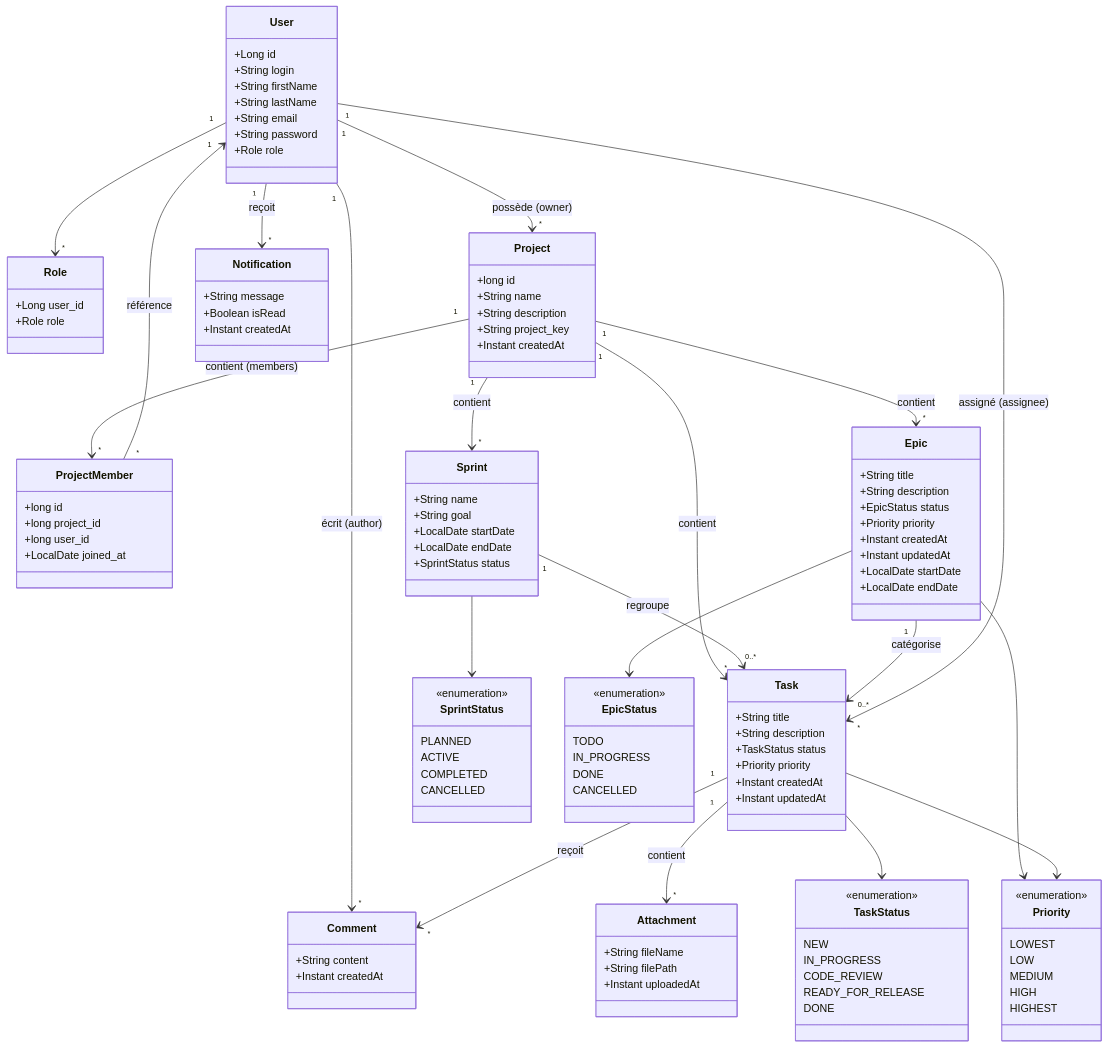
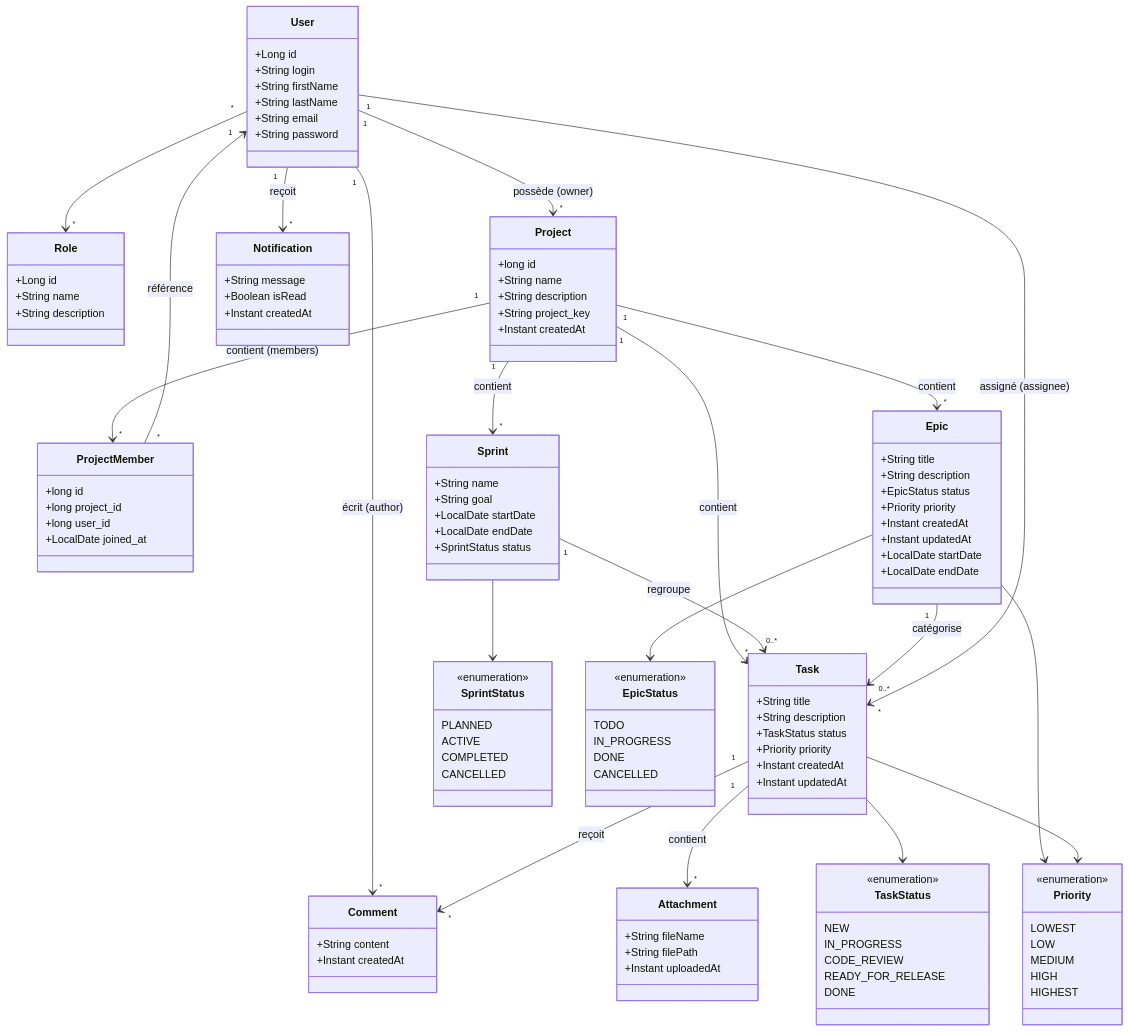
One commit to 24231-Brahim/gestion_taches changed the first of 8 diagrams in docs/fiche-classes.md. Above: the diagram before and after it, drawn with Mermaid.

```diff
--- a/docs/fiche-classes.md
+++ b/docs/fiche-classes.md
@@ -14,12 +14,12 @@
         +String lastName
         +String email
         +String password
-        +Role role
     }
 
     class Role {
-        +Long user_id
-        +Role role
+        +Long id
+        +String name
+        +String description
     }
 
     class Project {
@@ -118,7 +118,7 @@
 
     User "1" --> "*" Project : possède (owner)
     User "1" --> "*" Notification : reçoit
-    User "1" --> "*" Role
+    User "*" --> "*" Role
     Project "1" --> "*" ProjectMember : contient (members)
     ProjectMember "*" --> "1" User : référence
     Project "1" --> "*" Sprint : contient
```
